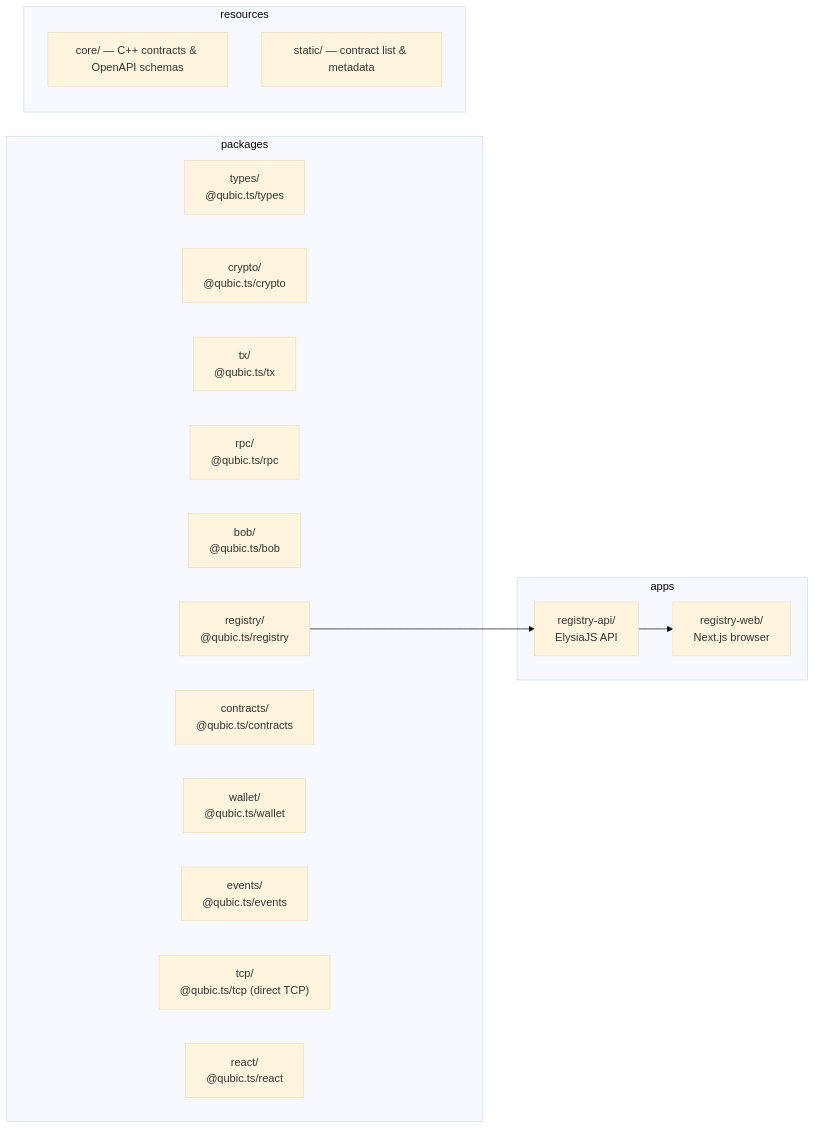
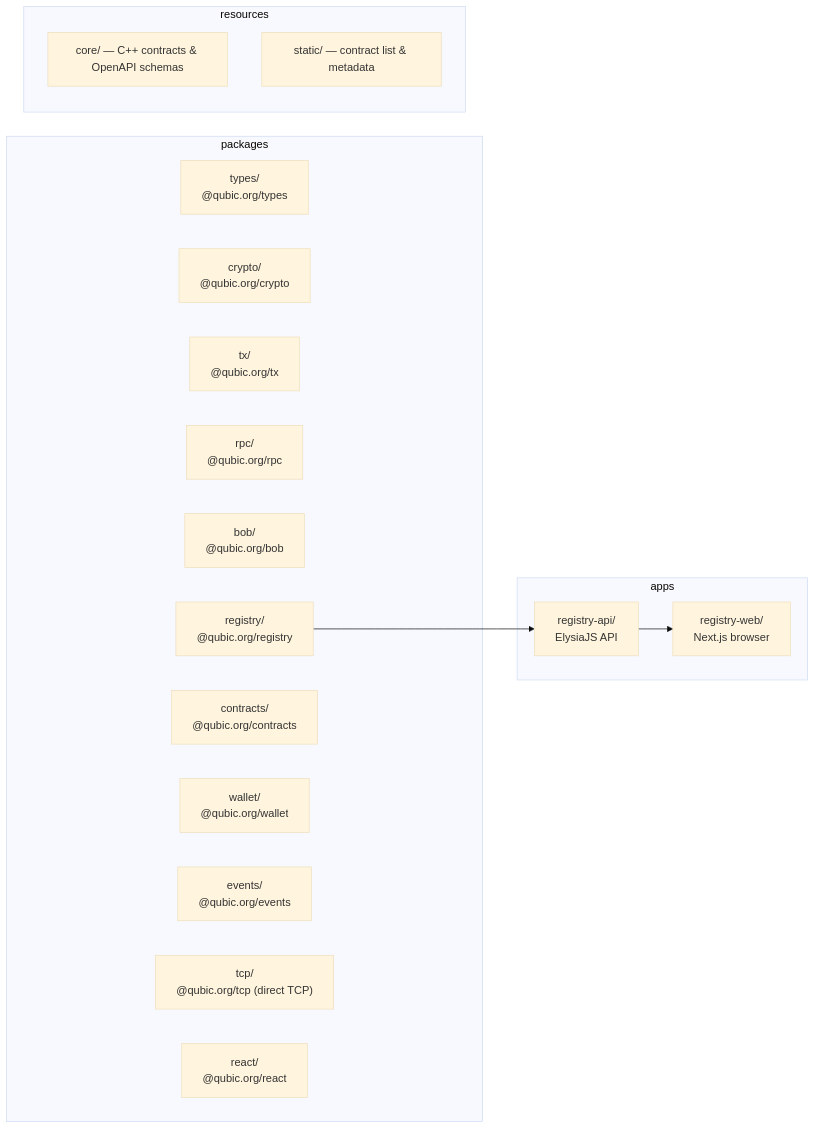
The second of 2 diagrams in README.md (qubic/qubic-typescript), drawn with Mermaid (base theme) before and after one commit. The commit also changed other lines of this file and 109 other files, not shown here.

Commit message:
chore: rename package scope from @qubic.ts to @qubic.org

````diff
--- a/README.md
+++ b/README.md
@@ -322,26 +322,26 @@
 ```mermaid
 graph LR
   subgraph packages
-    types["types/\n@qubic.ts/types"]
-    crypto["crypto/\n@qubic.ts/crypto"]
-    tx["tx/\n@qubic.ts/tx"]
-    rpc["rpc/\n@qubic.ts/rpc"]
-    bob["bob/\n@qubic.ts/bob"]
-    registry["registry/\n@qubic.ts/registry"]
-    contracts["contracts/\n@qubic.ts/contracts"]
-    wallet["wallet/\n@qubic.ts/wallet"]
-    events["events/\n@qubic.ts/events"]
-    tcp["tcp/\n@qubic.ts/tcp (direct TCP)"]
-    react["react/\n@qubic.ts/react"]
+    types["types/\n@qubic.org/types"]
+    crypto["crypto/\n@qubic.org/crypto"]
+    tx["tx/\n@qubic.org/tx"]
+    rpc["rpc/\n@qubic.org/rpc"]
+    bob["bob/\n@qubic.org/bob"]
+    registry["registry/\n@qubic.org/registry"]
+    contracts["contracts/\n@qubic.org/contracts"]
+    wallet["wallet/\n@qubic.org/wallet"]
+    events["events/\n@qubic.org/events"]
+    tcp["tcp/\n@qubic.org/tcp (direct TCP)"]
+    react["react/\n@qubic.org/react"]
   end
   subgraph apps
     api["registry-api/\nElysiaJS API"]
     web["registry-web/\nNext.js browser"]
   end
   subgraph resources
     core["core/ — C++ contracts & OpenAPI schemas"]
     static["static/ — contract list & metadata"]
   end
   registry --> api
   api --> web
 ```
````
